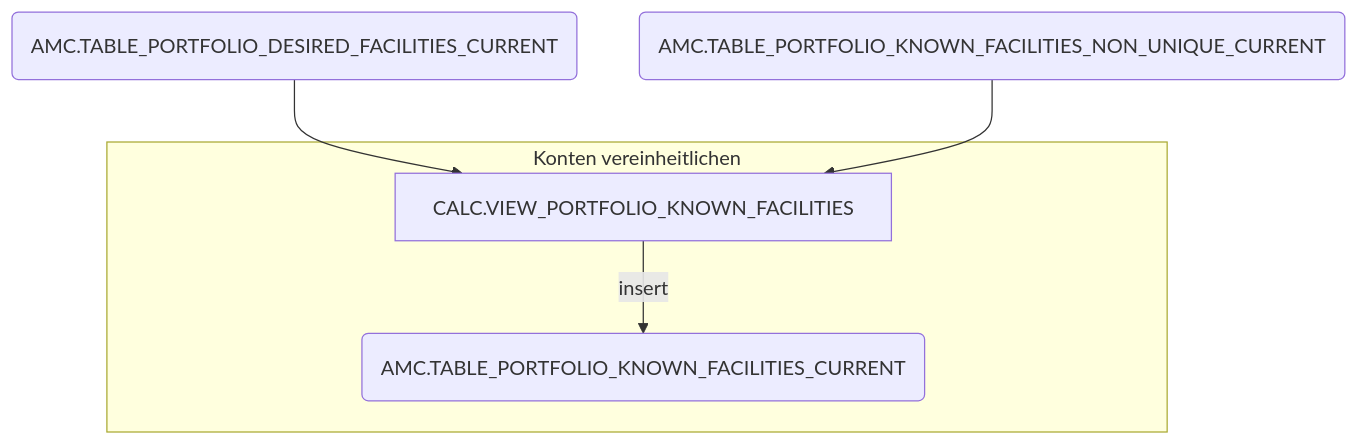
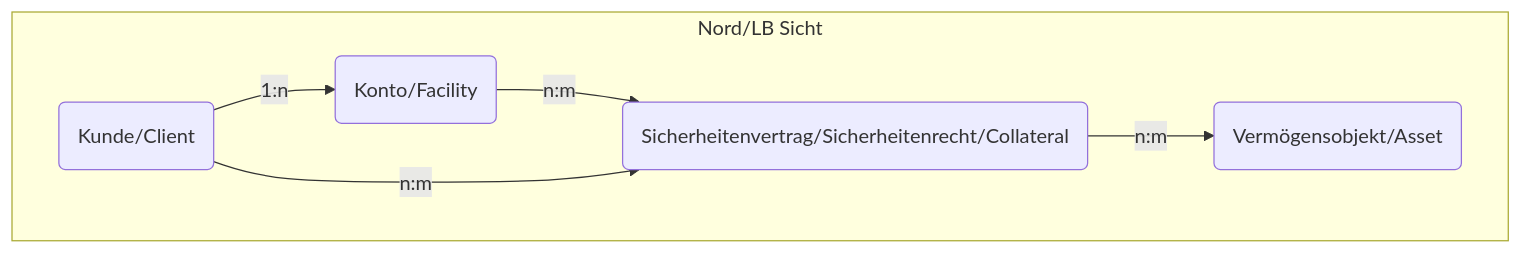
Before and after one commit to raphaelrubin/ginitrooper: the first of 2 diagrams in readme.md, drawn with Mermaid. The commit also changed other lines of this file and 95 other files, not shown here.

````diff
--- a/readme.md
+++ b/readme.md
@@ -156,12 +7,15 @@
 ```mermaid
 graph TB
 
-  SubGraph1DF(AMC.TABLE_PORTFOLIO_DESIRED_FACILITIES_CURRENT) --> CALC.VIEW_PORTFOLIO_KNOWN_FACILITIES
-  KF_NU(AMC.TABLE_PORTFOLIO_KNOWN_FACILITIES_NON_UNIQUE_CURRENT) --> CALC.VIEW_PORTFOLIO_KNOWN_FACILITIES
+  subgraph "Nord/LB Sicht"
+  SubGraph1F(Konto/Facility)
+  SubGraph1K(Kunde/Client)
+  SubGraph2SV(Sicherheitenvertrag/Sicherheitenrecht/Collateral)
+  SubGraph3VO(Vermögensobjekt/Asset)
+  SubGraph1K -- 1:n --> SubGraph1F
+  SubGraph1F -- n:m --> SubGraph2SV
+  SubGraph1K -- n:m --> SubGraph2SV
+  SubGraph2SV -- n:m --> SubGraph3VO
+  end
 
-  subgraph "Konten vereinheitlichen"
-
-  KF(AMC.TABLE_PORTFOLIO_KNOWN_FACILITIES_CURRENT)
-  CALC.VIEW_PORTFOLIO_KNOWN_FACILITIES -- insert --> KF
-end
 ```
````
